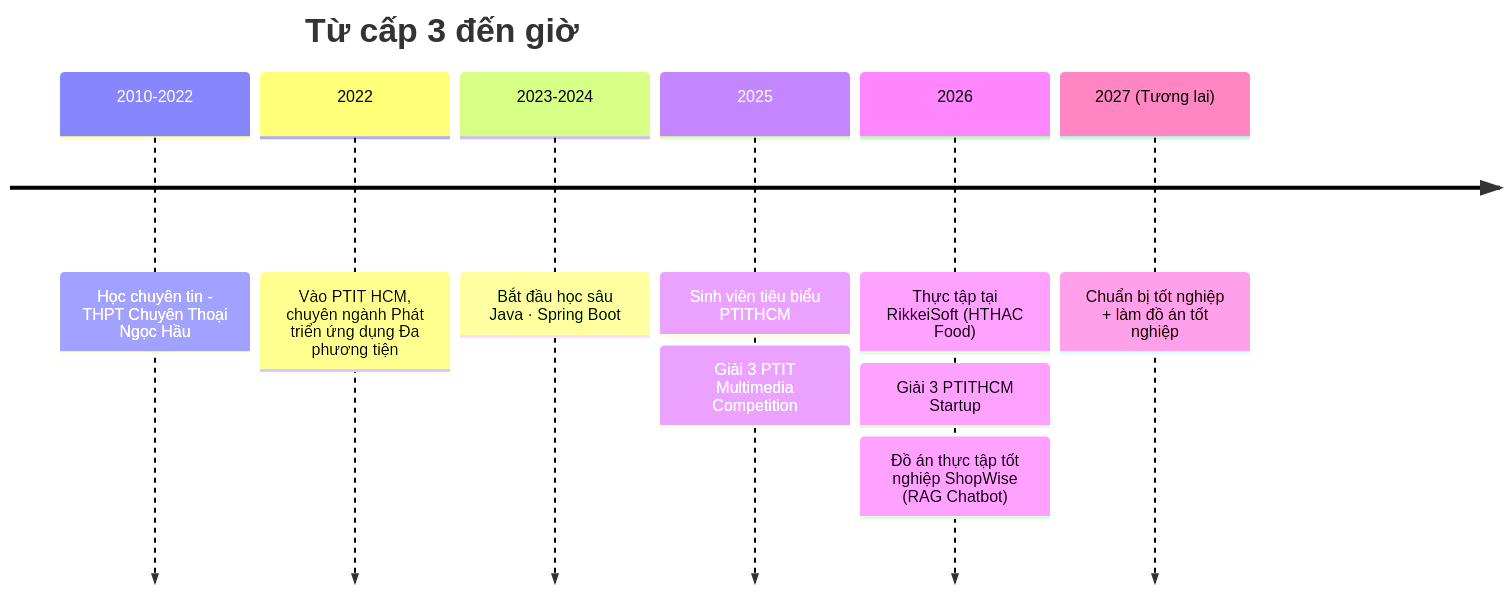
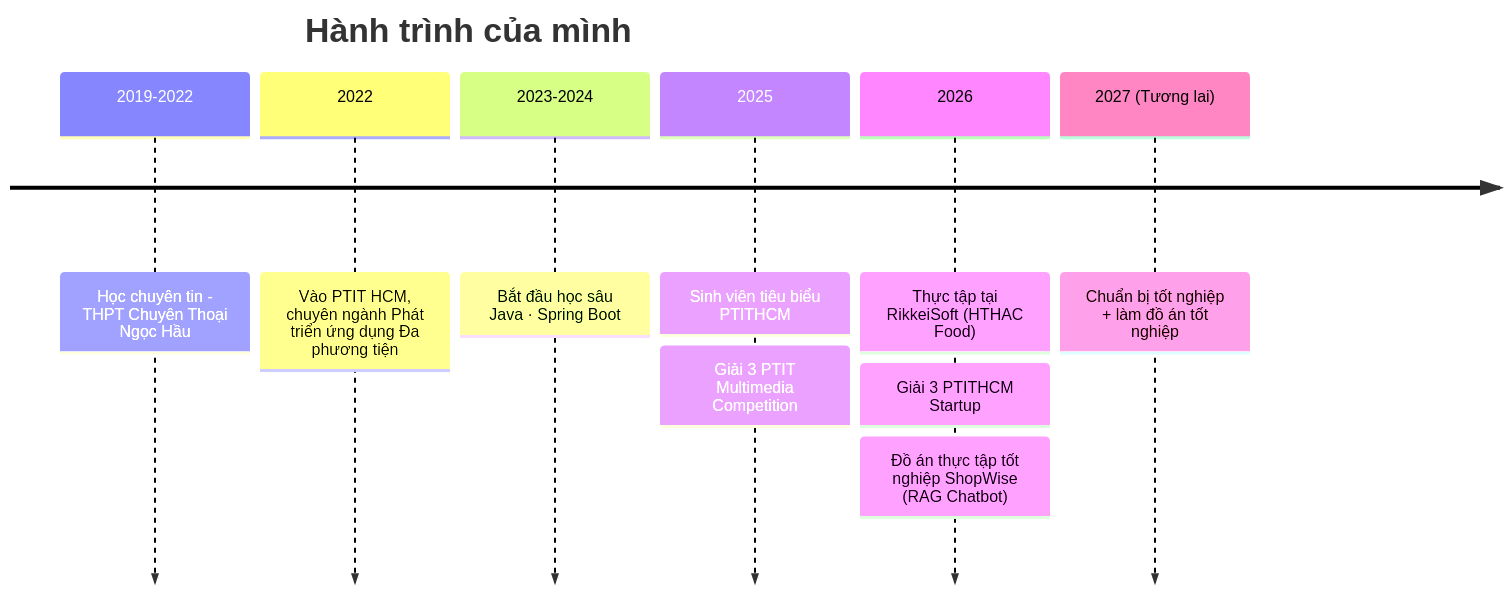
One commit to HaiTrieu186/HaiTrieu186 changed the diagram in README.md. Above: the diagram before and after it, drawn with Mermaid.

Commit message:
update readme v9

````diff
--- a/README.md
+++ b/README.md
@@ -250,13 +250,13 @@
 ```mermaid
 timeline
-    title Từ cấp 3 đến giờ
-    2010-2022: Học chuyên tin - THPT Chuyên Thoại Ngọc Hầu
+    title Hành trình của mình
+    2019-2022: Học chuyên tin - THPT Chuyên Thoại Ngọc Hầu
     2022 : Vào PTIT HCM, chuyên ngành Phát triển ứng dụng Đa phương tiện
     2023-2024 : Bắt đầu học sâu Java · Spring Boot
     2025 : Sinh viên tiêu biểu PTITHCM
          : Giải 3 PTIT Multimedia Competition
     2026 : Thực tập tại RikkeiSoft (HTHAC Food)
          : Giải 3 PTITHCM Startup
          : Đồ án thực tập tốt nghiệp ShopWise (RAG Chatbot)
     2027 (Tương lai) : Chuẩn bị tốt nghiệp + làm đồ án tốt nghiệp
 ```
````
